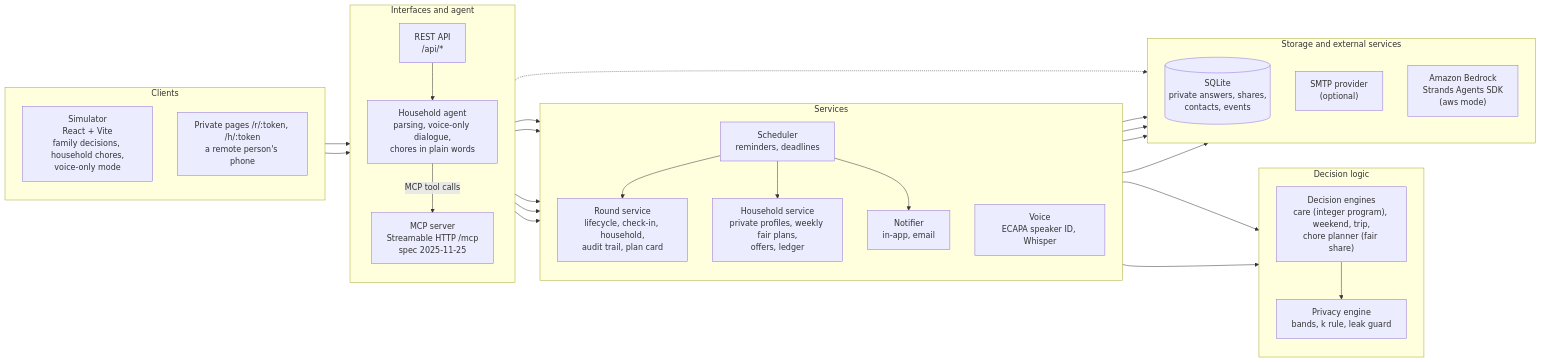
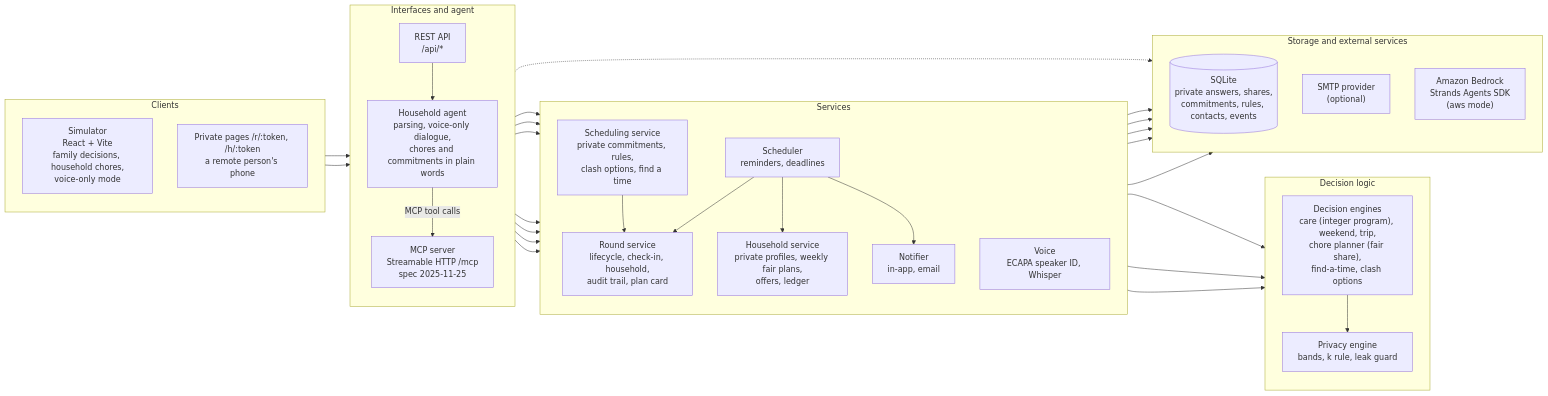
One commit to sanjay-thiyagarajan/huddle changed the fourth of 5 diagrams in README.md. Above: the diagram before and after it, drawn with Mermaid. The commit also changed other lines of this file, not shown here.

Commit message:
README: scheduling in the architecture diagram, layer table, privacy model and tool count

````diff
--- a/README.md
+++ b/README.md
@@ -125,58 +126,64 @@
 ```mermaid
 flowchart LR
   subgraph Clients["Clients"]
     direction TB
     SIM["Simulator<br/>React + Vite<br/>family decisions, household chores,<br/>voice-only mode"]
     LINK["Private pages /r/:token, /h/:token<br/>a remote person's phone"]
   end
 
   subgraph Edge["Interfaces and agent"]
     direction TB
     REST["REST API<br/>/api/*"]
-    AGENT["Household agent<br/>parsing, voice-only dialogue,<br/>chores in plain words"]
+    AGENT["Household agent<br/>parsing, voice-only dialogue,<br/>chores and commitments in plain words"]
     MCP["MCP server<br/>Streamable HTTP /mcp<br/>spec 2025-11-25"]
   end
 
   subgraph Core["Services"]
     direction TB
     ROUNDS["Round service<br/>lifecycle, check-in, household,<br/>audit trail, plan card"]
     HOME["Household service<br/>private profiles, weekly fair plans,<br/>offers, ledger"]
+    TIME["Scheduling service<br/>private commitments, rules,<br/>clash options, find a time"]
     SCHED["Scheduler<br/>reminders, deadlines"]
     VOICE["Voice<br/>ECAPA speaker ID, Whisper"]
     NOTIFY["Notifier<br/>in-app, email"]
   end
 
   subgraph Logic["Decision logic"]
     direction TB
-    ENGINE["Decision engines<br/>care (integer program), weekend, trip,<br/>chore planner (fair share)"]
+    ENGINE["Decision engines<br/>care (integer program), weekend, trip,<br/>chore planner (fair share),<br/>find-a-time, clash options"]
     PRIV["Privacy engine<br/>bands, k rule, leak guard"]
   end
 
   subgraph Data["Storage and external services"]
     direction TB
-    DB[("SQLite<br/>private answers, shares,<br/>contacts, events")]
+    DB[("SQLite<br/>private answers, shares,<br/>commitments, rules, contacts, events")]
     SMTP["SMTP provider<br/>(optional)"]
     BR["Amazon Bedrock<br/>Strands Agents SDK<br/>(aws mode)"]
   end
 
   SIM --> REST
   LINK --> REST
   REST --> AGENT
   AGENT -->|"MCP tool calls"| MCP
   REST --> ROUNDS
   REST --> HOME
+  REST --> TIME
   REST --> VOICE
   MCP --> ROUNDS
   MCP --> HOME
+  MCP --> TIME
+  TIME --> ENGINE
+  TIME --> DB
+  TIME --> ROUNDS
   SCHED --> HOME
   HOME --> ENGINE
   HOME --> DB
   SCHED --> ROUNDS
   SCHED --> NOTIFY
   ROUNDS --> ENGINE
   ENGINE --> PRIV
   ROUNDS --> DB
   VOICE --> DB
   NOTIFY --> SMTP
   AGENT -.-> BR
 ```
````
